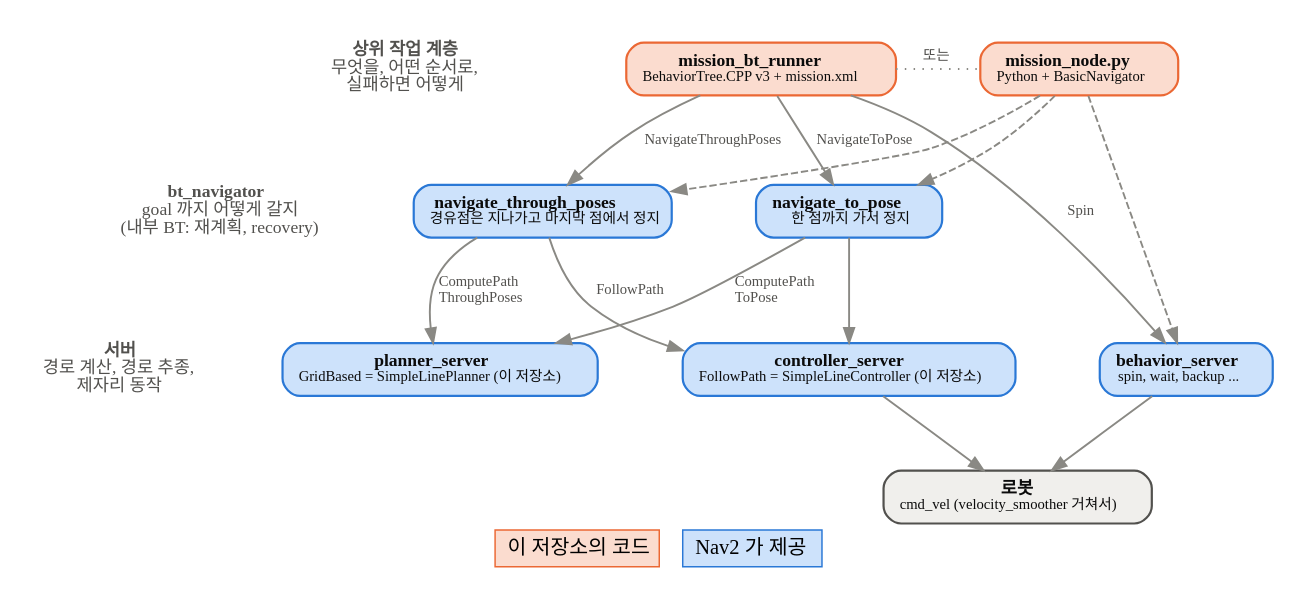
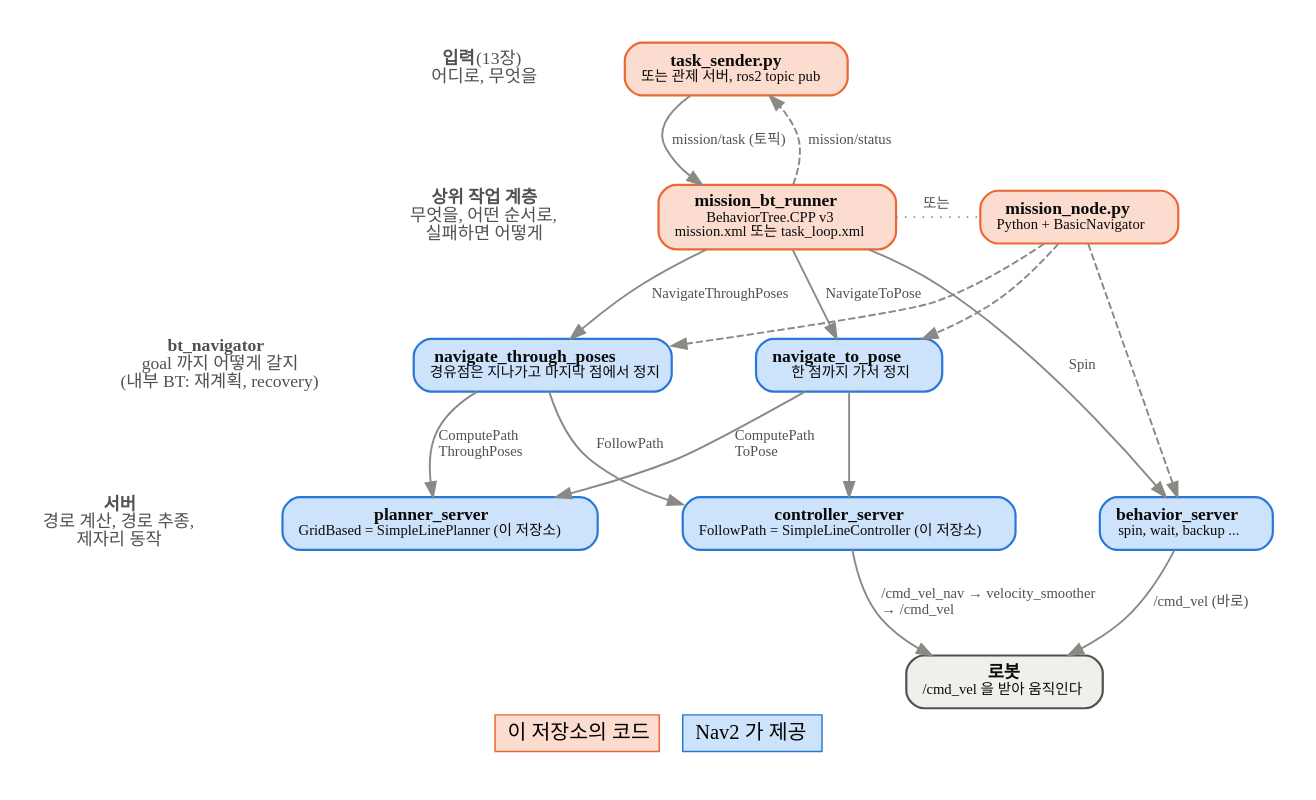
The diagram in simple_line/simple_line_mission/doc/layers.dot (1-roro/nav2_dwb), drawn with Graphviz before and after one commit. The commit also changed 19 other files, not shown here.

First line of the commit message:
Receive mission tasks over a topic and run them with a BT

```diff
--- a/simple_line/simple_line_mission/doc/layers.dot
+++ b/simple_line/simple_line_mission/doc/layers.dot
@@ -1,58 +1,65 @@
 // 미션 BT 가 Nav2 의 어디에 붙는지 (dot -Tpng -Gdpi=110 layers.dot -o layers.png)
 digraph layers {
   graph [rankdir=TB, fontname="NanumGothic", bgcolor="white", pad=0.3, nodesep=0.4, ranksep=0.7,
          newrank=true, labelloc=b, label=<<table border="0" cellspacing="0" cellpadding="4"><tr>
            <td bgcolor="#fbdccf" border="1" color="#eb6834">&nbsp;이 저장소의 코드&nbsp;</td><td>&nbsp;&nbsp;</td>
            <td bgcolor="#cde2fb" border="1" color="#2a78d6">&nbsp;Nav2 가 제공&nbsp;</td></tr></table>>];
   node [shape=box, style="rounded,filled", fontname="NanumGothic", fontsize=12, fontcolor="#0b0b0b",
         penwidth=1.5, margin="0.15,0.08"];
   edge [color="#8a8984", penwidth=1.3, fontname="NanumGothic", fontsize=10, fontcolor="#52514e"];
 
   // 왼쪽 열: 계층 이름
   node [shape=plaintext, style="", fontsize=12, fontcolor="#52514e", margin=0];
+  L0 [label=<<b>입력</b> (13장)<br/>어디로, 무엇을>];
   L1 [label=<<b>상위 작업 계층</b><br/>무엇을, 어떤 순서로,<br/>실패하면 어떻게>];
   L2 [label=<<b>bt_navigator</b><br/>goal 까지 어떻게 갈지<br/>(내부 BT: 재계획, recovery)>];
   L3 [label=<<b>서버</b><br/>경로 계산, 경로 추종,<br/>제자리 동작>];
   L4 [label=""];
-  L1 -> L2 -> L3 -> L4 [style=invis];
+  L0 -> L1 -> L2 -> L3 -> L4 [style=invis];
 
   node [shape=box, style="rounded,filled", fontsize=12, fontcolor="#0b0b0b", margin="0.15,0.08"];
-  bt [label=<<b>mission_bt_runner</b><br/><font point-size="10">BehaviorTree.CPP v3 + mission.xml</font>>,
+  ts [label=<<b>task_sender.py</b><br/><font point-size="10">또는 관제 서버, ros2 topic pub</font>>,
+      fillcolor="#fbdccf", color="#eb6834"];
+  bt [label=<<b>mission_bt_runner</b><br/><font point-size="10">BehaviorTree.CPP v3<br/>mission.xml 또는 task_loop.xml</font>>,
       fillcolor="#fbdccf", color="#eb6834"];
   py [label=<<b>mission_node.py</b><br/><font point-size="10">Python + BasicNavigator</font>>,
       fillcolor="#fbdccf", color="#eb6834"];
   ntp [label=<<b>navigate_through_poses</b><br/><font point-size="10">경유점은 지나가고 마지막 점에서 정지</font>>,
        fillcolor="#cde2fb", color="#2a78d6"];
   nt [label=<<b>navigate_to_pose</b><br/><font point-size="10">한 점까지 가서 정지</font>>,
       fillcolor="#cde2fb", color="#2a78d6"];
   planner [label=<<b>planner_server</b><br/><font point-size="10">GridBased = SimpleLinePlanner (이 저장소)</font>>,
            fillcolor="#cde2fb", color="#2a78d6"];
   controller [label=<<b>controller_server</b><br/><font point-size="10">FollowPath = SimpleLineController (이 저장소)</font>>,
               fillcolor="#cde2fb", color="#2a78d6"];
   behavior [label=<<b>behavior_server</b><br/><font point-size="10">spin, wait, backup ...</font>>,
             fillcolor="#cde2fb", color="#2a78d6"];
-  robot [label=<<b>로봇</b><br/><font point-size="10">cmd_vel (velocity_smoother 거쳐서)</font>>,
+  robot [label=<<b>로봇</b><br/><font point-size="10">/cmd_vel 을 받아 움직인다</font>>,
          fillcolor="#f0efec", color="#52514e"];
 
+  {rank=same; L0; ts}
   {rank=same; L1; bt; py}
   {rank=same; L2; ntp; nt}
   {rank=same; L3; planner; controller; behavior}
   {rank=same; L4; robot}
+  L0 -> ts [style=invis];
   L1 -> bt [style=invis];
   bt -> py [arrowhead=none, style=dotted, label="  또는  "];
   L2 -> ntp -> nt [style=invis];
   L3 -> planner -> controller -> behavior [style=invis];
 
+  ts -> bt [label=" mission/task (토픽)"];
+  bt -> ts [style=dashed, label=" mission/status"];
   bt -> ntp [label=" NavigateThroughPoses"];
   bt -> nt [label=" NavigateToPose"];
   py -> ntp [style=dashed];
   py -> nt [style=dashed];
   bt -> behavior [label=" Spin"];
   py -> behavior [style=dashed];
   ntp -> planner [label=" ComputePath\l ThroughPoses\l"];
   nt -> planner [label=" ComputePath\l ToPose\l"];
   ntp -> controller [label=" FollowPath"];
   nt -> controller;
-  controller -> robot;
-  behavior -> robot;
+  controller -> robot [label=" /cmd_vel_nav → velocity_smoother\l → /cmd_vel\l"];
+  behavior -> robot [label=" /cmd_vel (바로)"];
 }
```
